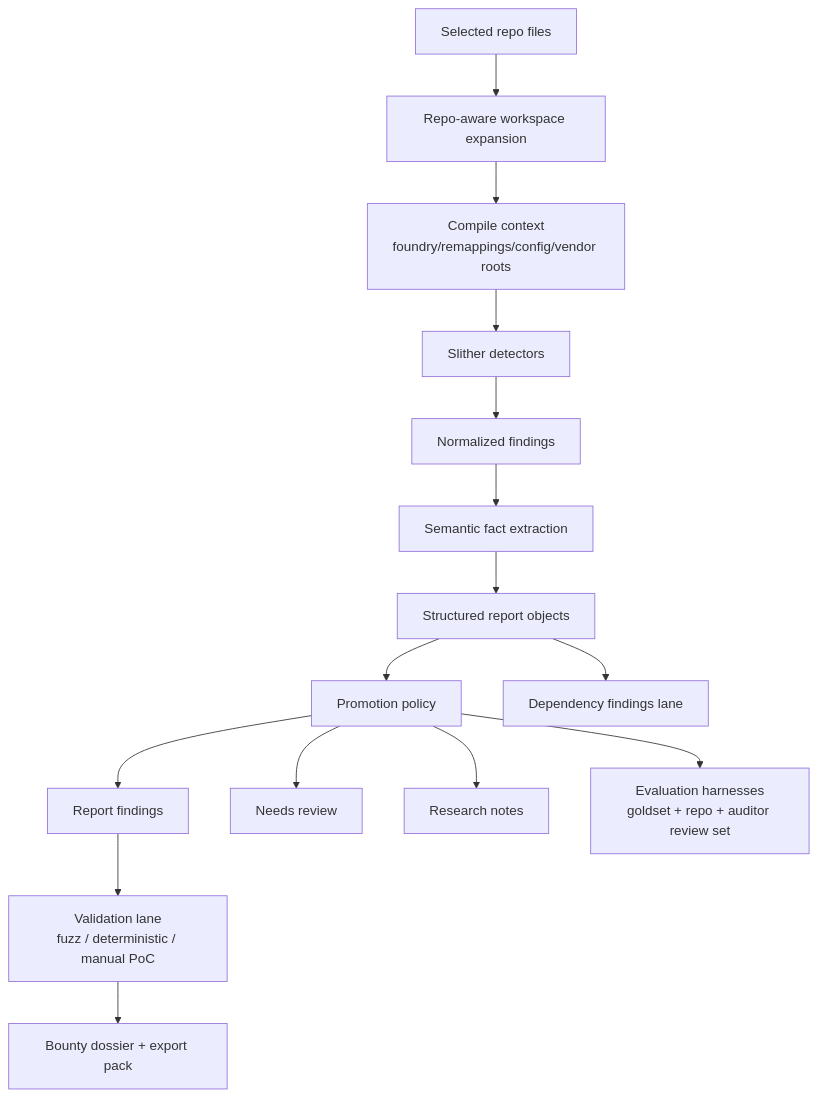
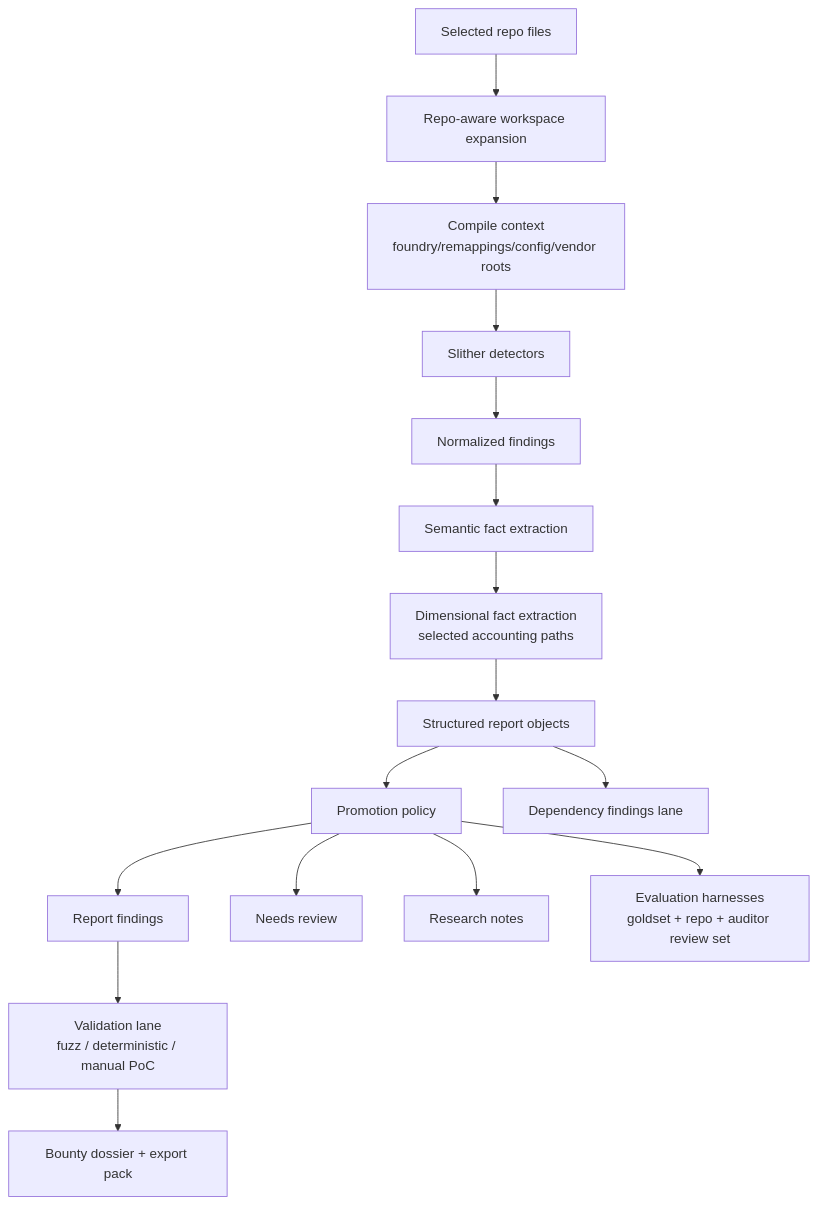
Before and after one commit to Sentinel-Audits/sentinelaudit-oss: the second of 2 diagrams in README.md, drawn with Mermaid. The commit also changed other lines of this file and 7 other files, not shown here.

````diff
--- a/README.md
+++ b/README.md
@@ -97,17 +99,18 @@
 ```mermaid
 flowchart TD
     A["Selected repo files"] --> B["Repo-aware workspace expansion"]
     B --> C["Compile context<br/>foundry/remappings/config/vendor roots"]
     C --> D["Slither detectors"]
     D --> E["Normalized findings"]
     E --> F["Semantic fact extraction"]
-    F --> G["Structured report objects"]
+    F --> F2["Dimensional fact extraction<br/>selected accounting paths"]
+    F2 --> G["Structured report objects"]
     G --> H["Promotion policy"]
     H --> I["Report findings"]
     H --> J["Needs review"]
     H --> K["Research notes"]
     G --> L["Dependency findings lane"]
     I --> N["Validation lane<br/>fuzz / deterministic / manual PoC"]
     N --> O["Bounty dossier + export pack"]
     H --> M["Evaluation harnesses<br/>goldset + repo + auditor review set"]
 ```
````
